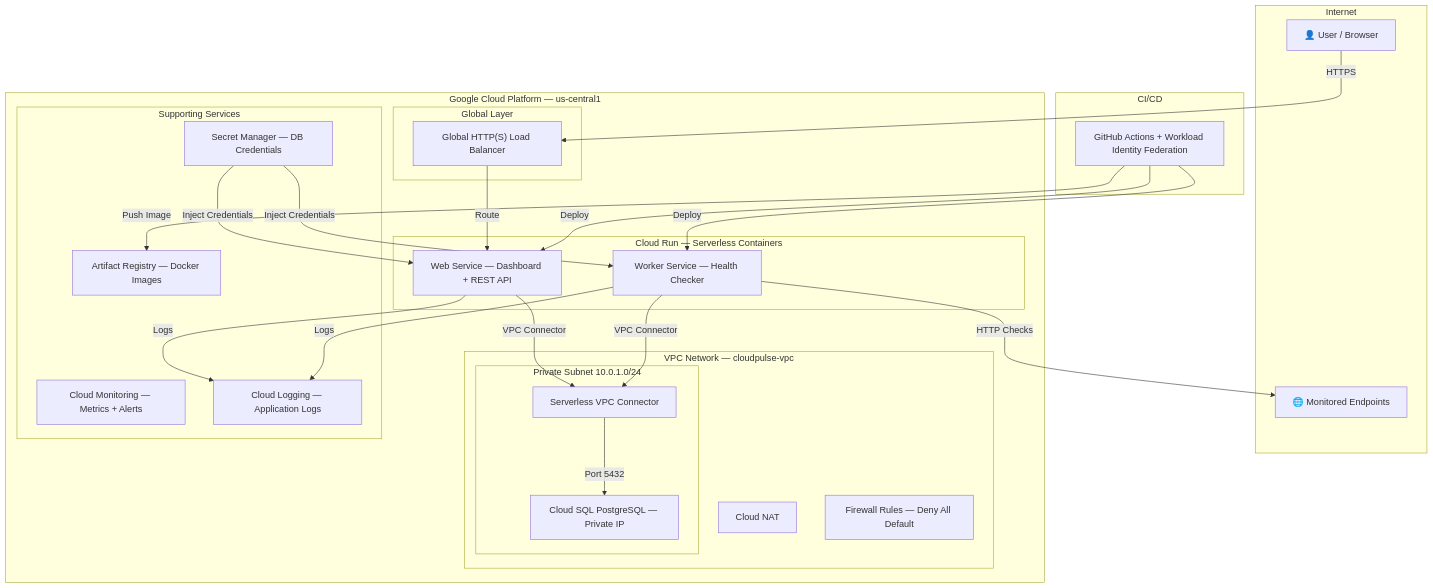
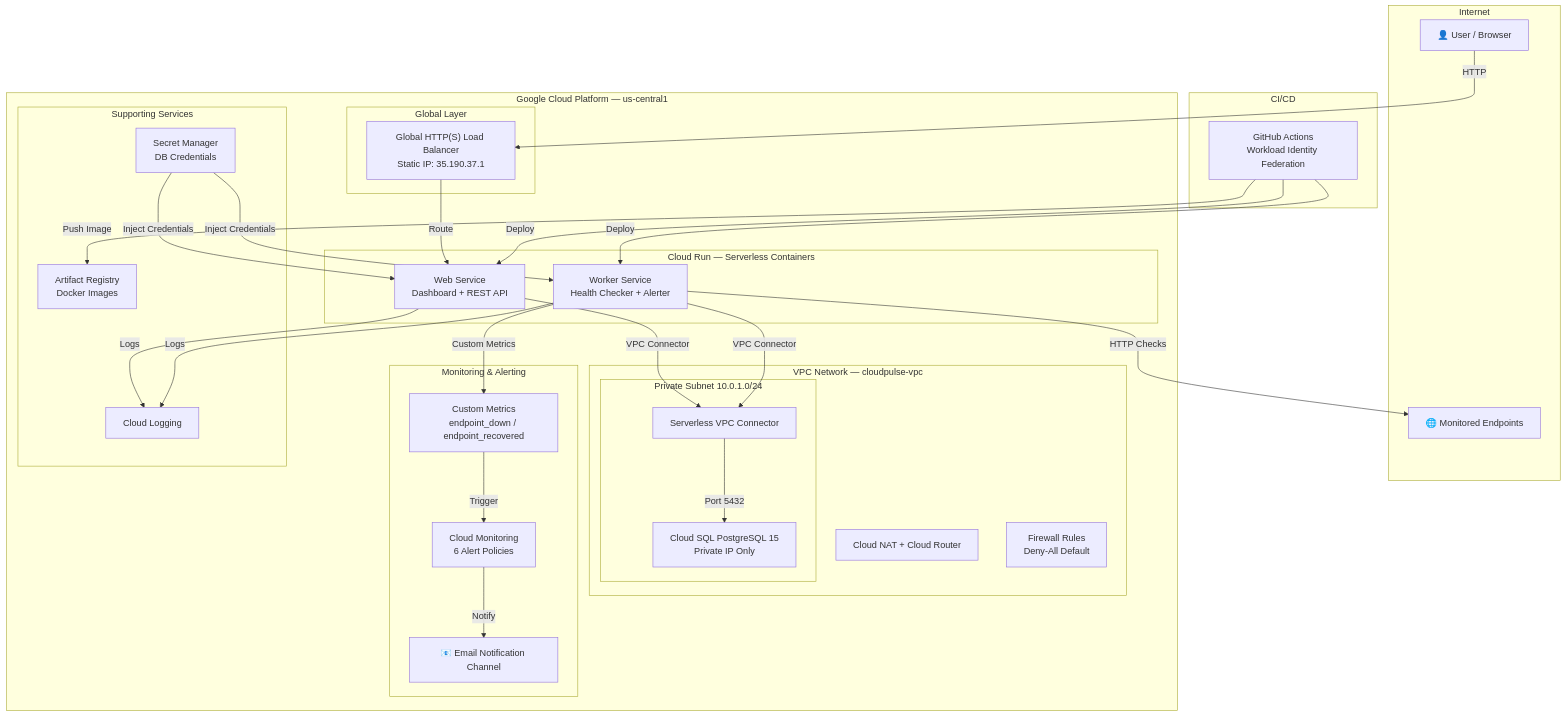
The diagram in README.md (yisakm9/CloudPulse-Uptime-Monitor), drawn with Mermaid before and after one commit. The commit also changed other lines of this file and 2 other files, not shown here.

````diff
--- a/README.md
+++ b/README.md
@@ -9,49 +11,57 @@
 ```mermaid
 graph TB
     subgraph "Internet"
         User["👤 User / Browser"]
         Targets["🌐 Monitored Endpoints"]
     end
 
     subgraph "Google Cloud Platform — us-central1"
         subgraph "Global Layer"
-            GLB["Global HTTP(S) Load Balancer"]
+            GLB["Global HTTP(S) Load Balancer<br/>Static IP: 35.190.37.1"]
         end
 
         subgraph "VPC Network — cloudpulse-vpc"
             subgraph "Private Subnet 10.0.1.0/24"
                 CONNECTOR["Serverless VPC Connector"]
-                CLOUDSQL["Cloud SQL PostgreSQL — Private IP"]
+                CLOUDSQL["Cloud SQL PostgreSQL 15<br/>Private IP Only"]
             end
-            NAT["Cloud NAT"]
-            FW["Firewall Rules — Deny All Default"]
+            NAT["Cloud NAT + Cloud Router"]
+            FW["Firewall Rules<br/>Deny-All Default"]
         end
 
         subgraph "Cloud Run — Serverless Containers"
-            WEB["Web Service — Dashboard + REST API"]
-            WORKER["Worker Service — Health Checker"]
+            WEB["Web Service<br/>Dashboard + REST API"]
+            WORKER["Worker Service<br/>Health Checker + Alerter"]
+        end
+
+        subgraph "Monitoring & Alerting"
+            MON["Cloud Monitoring<br/>6 Alert Policies"]
+            METRICS["Custom Metrics<br/>endpoint_down / endpoint_recovered"]
+            EMAIL["📧 Email Notification Channel"]
         end
 
         subgraph "Supporting Services"
-            AR["Artifact Registry — Docker Images"]
-            SM["Secret Manager — DB Credentials"]
-            MON["Cloud Monitoring — Metrics + Alerts"]
-            LOG["Cloud Logging — Application Logs"]
+            AR["Artifact Registry<br/>Docker Images"]
+            SM["Secret Manager<br/>DB Credentials"]
+            LOG["Cloud Logging"]
         end
     end
 
     subgraph "CI/CD"
-        GH["GitHub Actions + Workload Identity Federation"]
+        GH["GitHub Actions<br/>Workload Identity Federation"]
     end
 
-    User -->|HTTPS| GLB
+    User -->|HTTP| GLB
     GLB -->|Route| WEB
     WEB -->|VPC Connector| CONNECTOR
     CONNECTOR -->|Port 5432| CLOUDSQL
     WORKER -->|VPC Connector| CONNECTOR
     WORKER -->|HTTP Checks| Targets
+    WORKER -->|Custom Metrics| METRICS
+    METRICS -->|Trigger| MON
+    MON -->|Notify| EMAIL
     WEB & WORKER -->|Logs| LOG
     SM -->|Inject Credentials| WEB & WORKER
     GH -->|Push Image| AR
     GH -->|Deploy| WEB & WORKER
 ```
````
